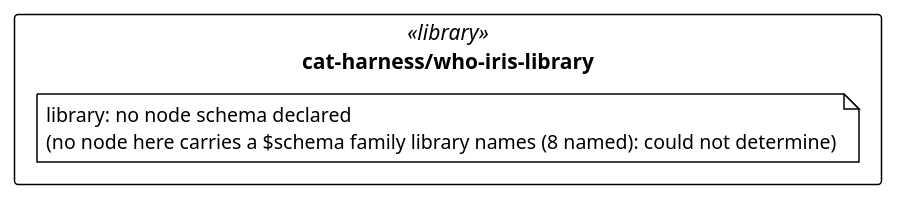
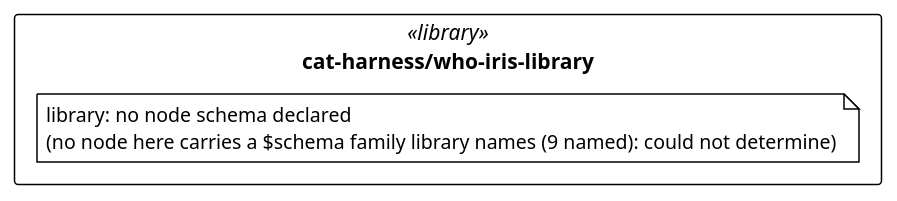
One commit to litlfred/folio-assistant changed the diagram in cat-harness/uml/overview/cat-harness/who-iris-library.puml. Above: the diagram before and after it, drawn with PlantUML. The commit also changed 44 other files, not shown here.

```diff
--- a/cat-harness/uml/overview/cat-harness/who-iris-library.puml
+++ b/cat-harness/uml/overview/cat-harness/who-iris-library.puml
@@ -3,13 +3,13 @@
 @startuml cat_harness_who_iris_library
 !pragma layout elk
 !theme plain
 skinparam classAttributeIconSize 0
 skinparam shadowing false
 skinparam packageStyle rectangle
 hide empty methods
 
 package "cat-harness/who-iris-library" as pkg_cat_harness_who_iris_library <<library>> {
-  note "library: no node schema declared\n(no node here carries a $schema family library names (8 named): could not determine)" as n_cat_harness_who_iris_library_library
+  note "library: no node schema declared\n(no node here carries a $schema family library names (9 named): could not determine)" as n_cat_harness_who_iris_library_library
 }
 
 @enduml
```
